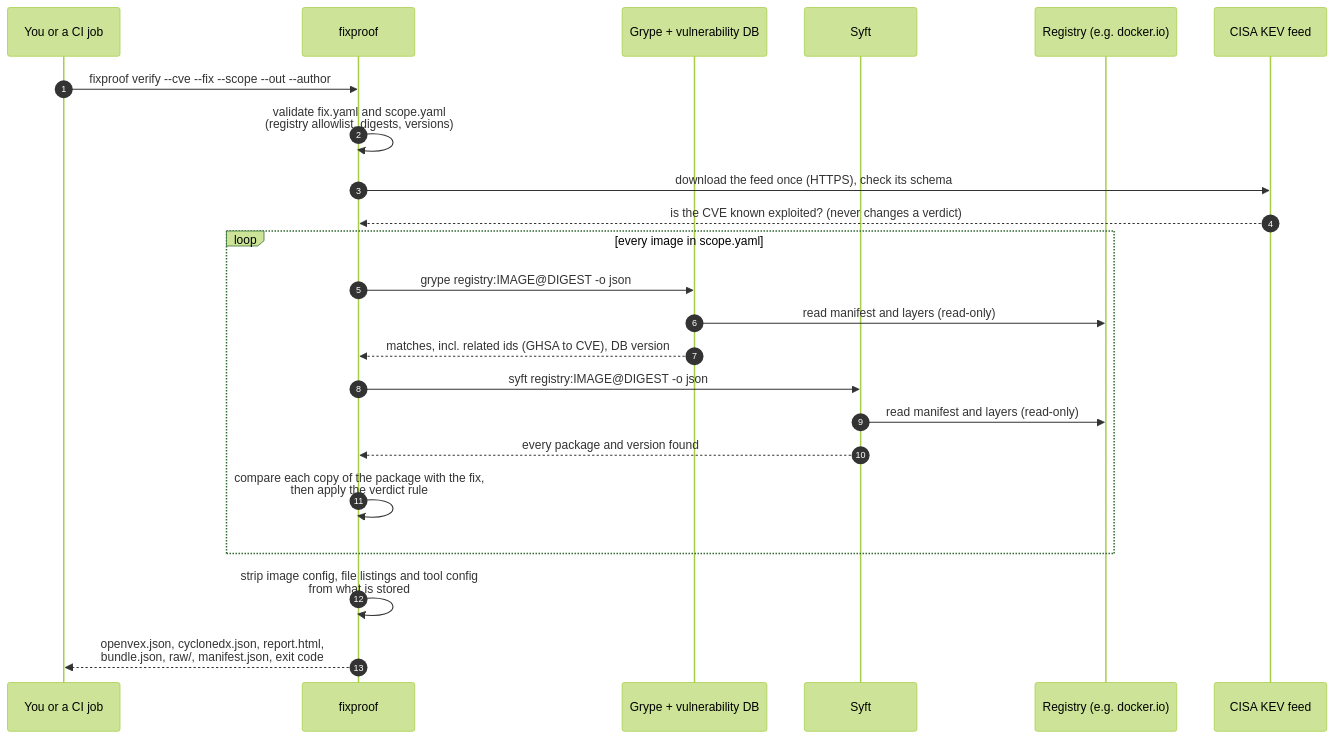
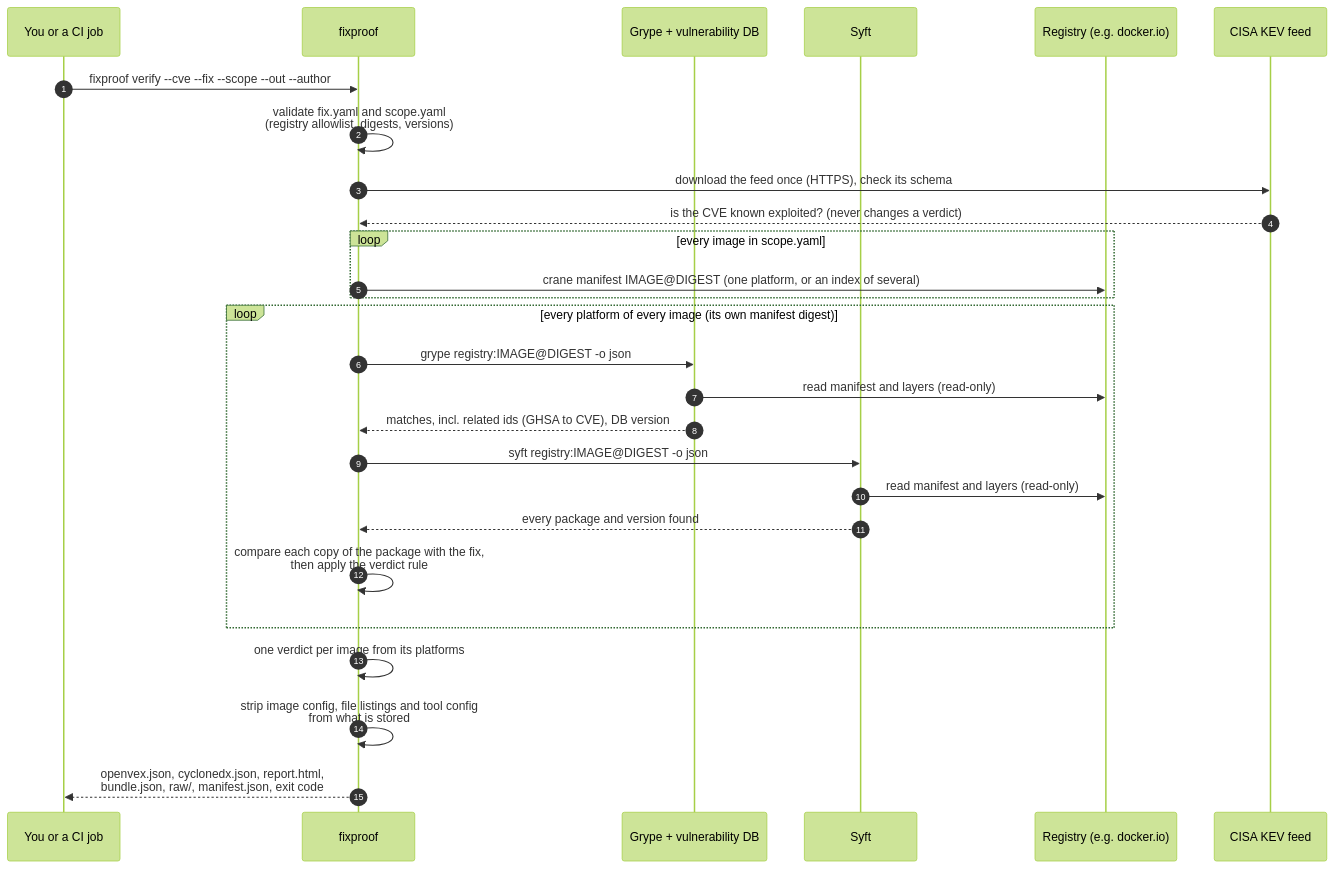
One commit to Govardhan527/fixproof changed the second of 4 diagrams in README.md. Above: the diagram before and after it, drawn with Mermaid (forest theme). The commit also changed other lines of this file, not shown here.

First line of the commit message:
docs(M7): describe multi-platform images in the README

````diff
--- a/README.md
+++ b/README.md
@@ -100,26 +102,30 @@
 ```mermaid
 sequenceDiagram
     autonumber
     participant You as You or a CI job
     participant FP as fixproof
     participant Grype as Grype + vulnerability DB
     participant Syft as Syft
     participant Reg as Registry (e.g. docker.io)
     participant KEV as CISA KEV feed
 
     You->>FP: fixproof verify --cve --fix --scope --out --author
     FP->>FP: validate fix.yaml and scope.yaml<br/>(registry allowlist, digests, versions)
     FP->>KEV: download the feed once (HTTPS), check its schema
     KEV-->>FP: is the CVE known exploited? (never changes a verdict)
     loop every image in scope.yaml
+        FP->>Reg: crane manifest IMAGE@DIGEST (one platform, or an index of several)
+    end
+    loop every platform of every image (its own manifest digest)
         FP->>Grype: grype registry:IMAGE@DIGEST -o json
         Grype->>Reg: read manifest and layers (read-only)
         Grype-->>FP: matches, incl. related ids (GHSA to CVE), DB version
         FP->>Syft: syft registry:IMAGE@DIGEST -o json
         Syft->>Reg: read manifest and layers (read-only)
         Syft-->>FP: every package and version found
         FP->>FP: compare each copy of the package with the fix,<br/>then apply the verdict rule
     end
+    FP->>FP: one verdict per image from its platforms
     FP->>FP: strip image config, file listings and tool config<br/>from what is stored
     FP-->>You: openvex.json, cyclonedx.json, report.html,<br/>bundle.json, raw/, manifest.json, exit code
 ```
````
